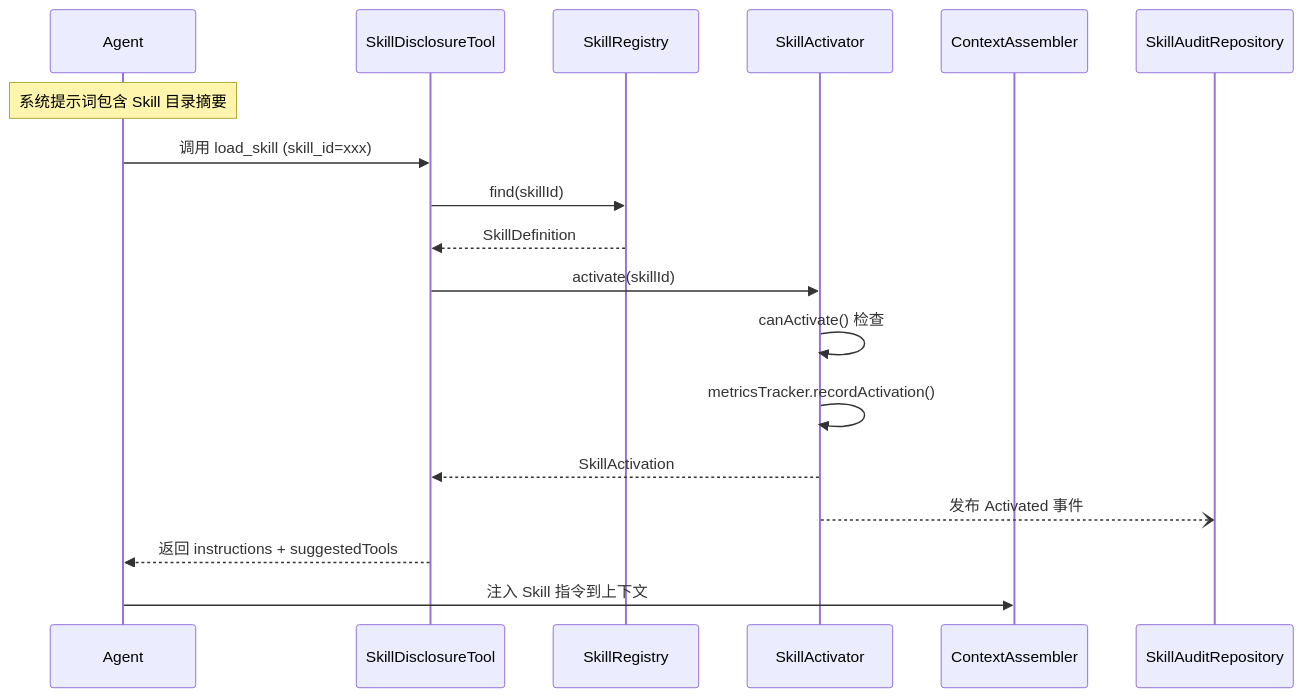
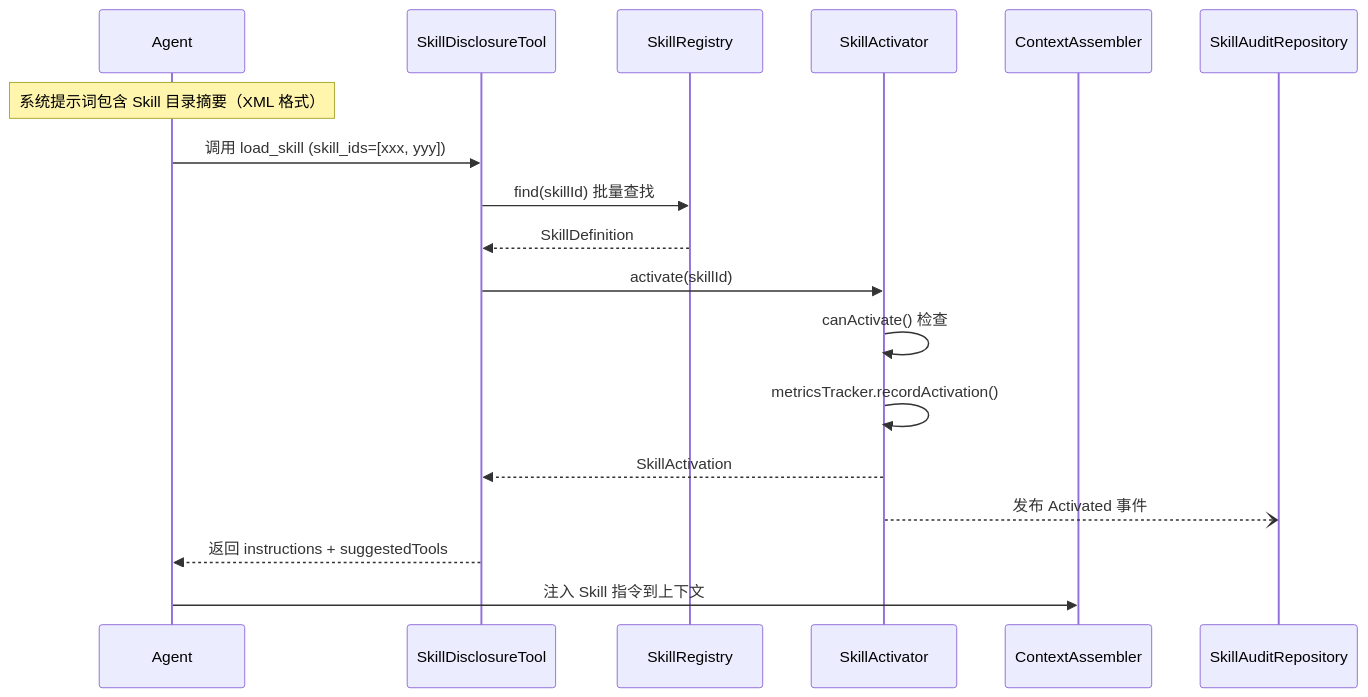
The second of 4 diagrams in docs/architecture/skill-system.md (ntygod/LifePilot), drawn with Mermaid before and after one commit. The commit also changed other lines of this file and 46 other files, not shown here.

````diff
--- a/docs/architecture/skill-system.md
+++ b/docs/architecture/skill-system.md
@@ -165,21 +167,21 @@
 ```mermaid
 sequenceDiagram
     participant Agent as Agent
     participant SDT as SkillDisclosureTool
     participant SR as SkillRegistry
     participant SA as SkillActivator
     participant CA as ContextAssembler
     participant Audit as SkillAuditRepository
 
-    Note over Agent: 系统提示词包含 Skill 目录摘要
-    Agent->>SDT: 调用 load_skill (skill_id=xxx)
-    SDT->>SR: find(skillId)
+    Note over Agent: 系统提示词包含 Skill 目录摘要（XML 格式）
+    Agent->>SDT: 调用 load_skill (skill_ids=[xxx, yyy])
+    SDT->>SR: find(skillId) 批量查找
     SR-->>SDT: SkillDefinition
     SDT->>SA: activate(skillId)
     SA->>SA: canActivate() 检查
     SA->>SA: metricsTracker.recordActivation()
     SA-->>SDT: SkillActivation
     SA--)Audit: 发布 Activated 事件
     SDT-->>Agent: 返回 instructions + suggestedTools
     Agent->>CA: 注入 Skill 指令到上下文
 ```
````
